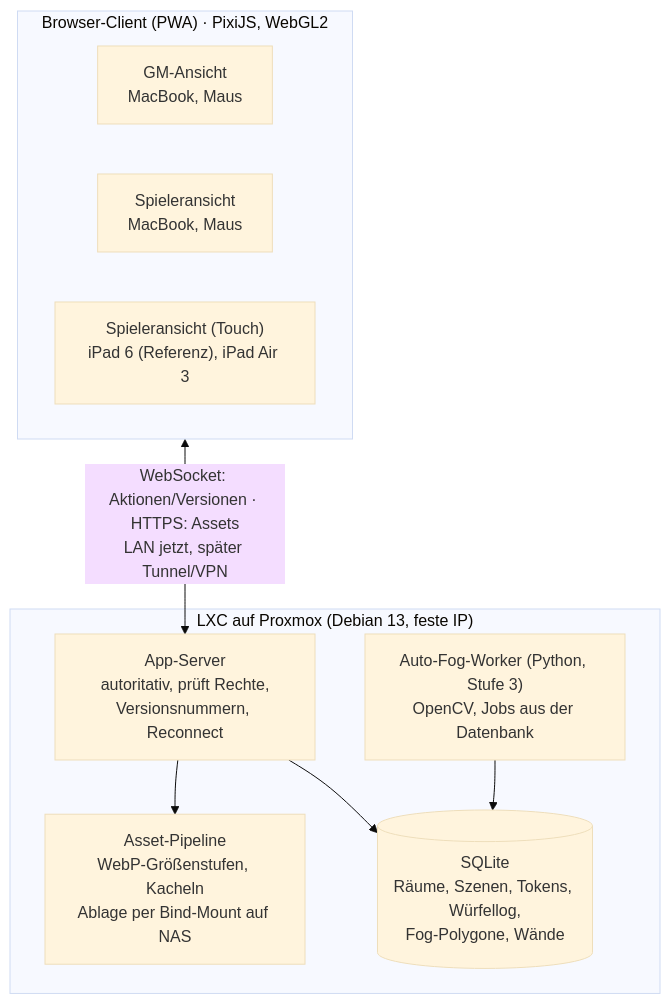
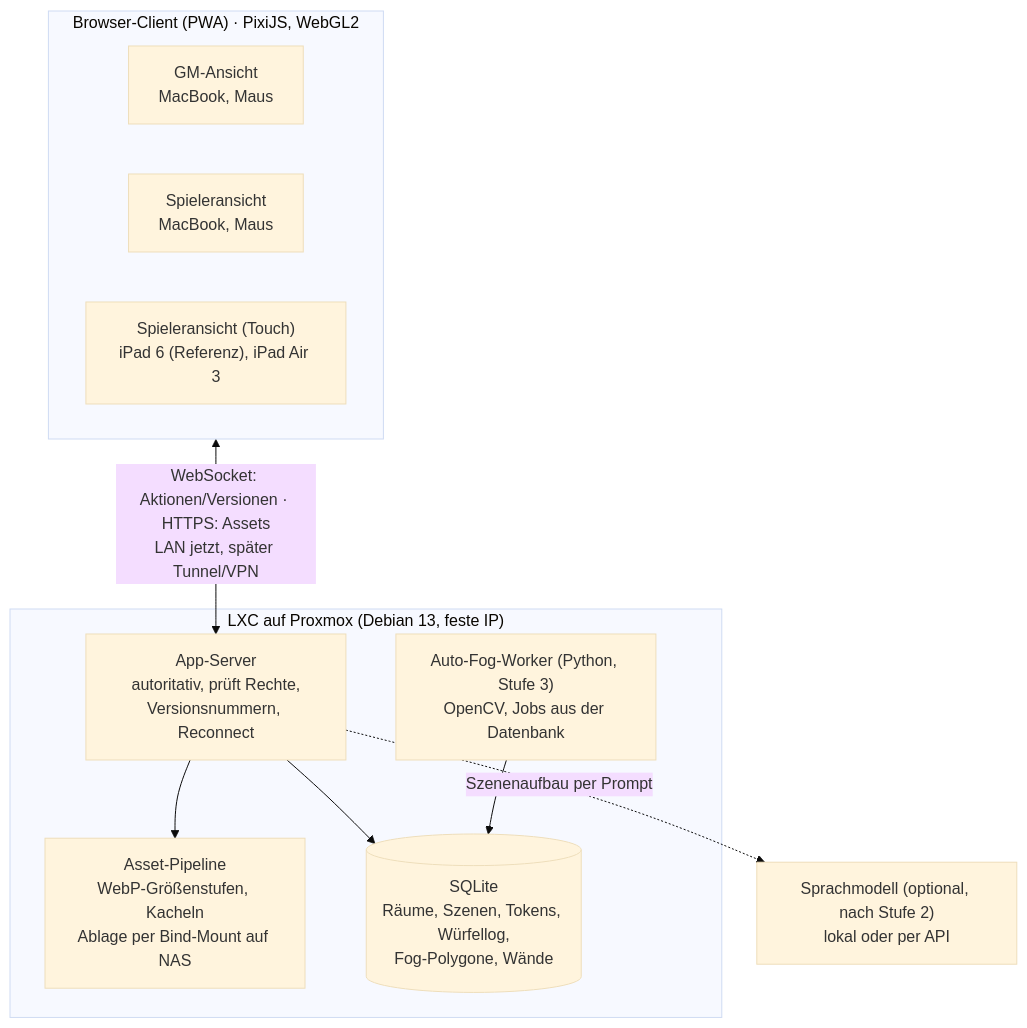
The diagram in SPEC.md (robinesken97/mistwarden-vtt), drawn with Mermaid (base theme) before and after one commit. The commit also changed other lines of this file and 3 other files, not shown here.

First line of the commit message:
HTTPS über DuckDNS, SPEC: Kartenarchiv per SMB und Szenenaufbau per Prompt

````diff
--- a/SPEC.md
+++ b/SPEC.md
@@ -55,18 +56,20 @@
 ```mermaid
 flowchart TB
   subgraph Clients["Browser-Client (PWA) · PixiJS, WebGL2"]
     GM["GM-Ansicht<br/>MacBook, Maus"]
     PL["Spieleransicht<br/>MacBook, Maus"]
     PT["Spieleransicht (Touch)<br/>iPad 6 (Referenz), iPad Air 3"]
   end
   subgraph LXC["LXC auf Proxmox (Debian 13, feste IP)"]
     APP["App-Server<br/>autoritativ, prüft Rechte,<br/>Versionsnummern, Reconnect"]
     ASSETS["Asset-Pipeline<br/>WebP-Größenstufen, Kacheln<br/>Ablage per Bind-Mount auf NAS"]
     DB[("SQLite<br/>Räume, Szenen, Tokens, Würfellog,<br/>Fog-Polygone, Wände")]
     WORKER["Auto-Fog-Worker (Python, Stufe 3)<br/>OpenCV, Jobs aus der Datenbank"]
   end
+  LLM["Sprachmodell (optional, nach Stufe 2)<br/>lokal oder per API"]
   Clients <-- "WebSocket: Aktionen/Versionen · HTTPS: Assets<br/>LAN jetzt, später Tunnel/VPN" --> APP
   APP --> ASSETS
   APP --> DB
+  APP -. "Szenenaufbau per Prompt" .-> LLM
   WORKER --> DB
 ```
````
